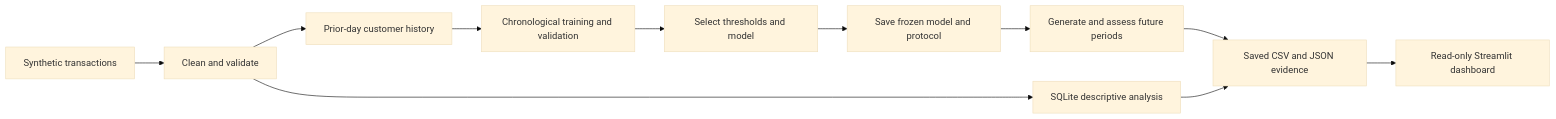
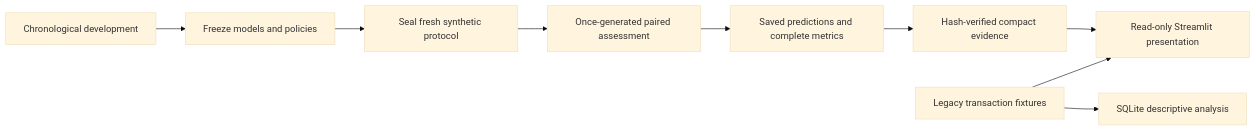
One commit to nicholelopez04/banking-transaction-intelligence changed the diagram in README.md. Above: the diagram before and after it, drawn with Mermaid (base theme). The commit also changed other lines of this file and 33 other files, not shown here.

````diff
--- a/README.md
+++ b/README.md
@@ -75,13 +74,11 @@
 ```mermaid
 flowchart LR
-    A[Synthetic transactions] --> B[Clean and validate]
-    B --> C[Prior-day customer history]
-    C --> D[Chronological training and validation]
-    D --> E[Select thresholds and model]
-    E --> F[Save frozen model and protocol]
-    F --> G[Generate and assess future periods]
-    B --> H[SQLite descriptive analysis]
-    G --> I[Saved CSV and JSON evidence]
-    H --> I
-    I --> J[Read-only Streamlit dashboard]
+    A[Chronological development] --> B[Freeze models and policies]
+    B --> C[Seal fresh synthetic protocol]
+    C --> D[Once-generated paired assessment]
+    D --> E[Saved predictions and complete metrics]
+    E --> F[Hash-verified compact evidence]
+    F --> G[Read-only Streamlit presentation]
+    H[Legacy transaction fixtures] --> G
+    H --> I[SQLite descriptive analysis]
 ```
````
